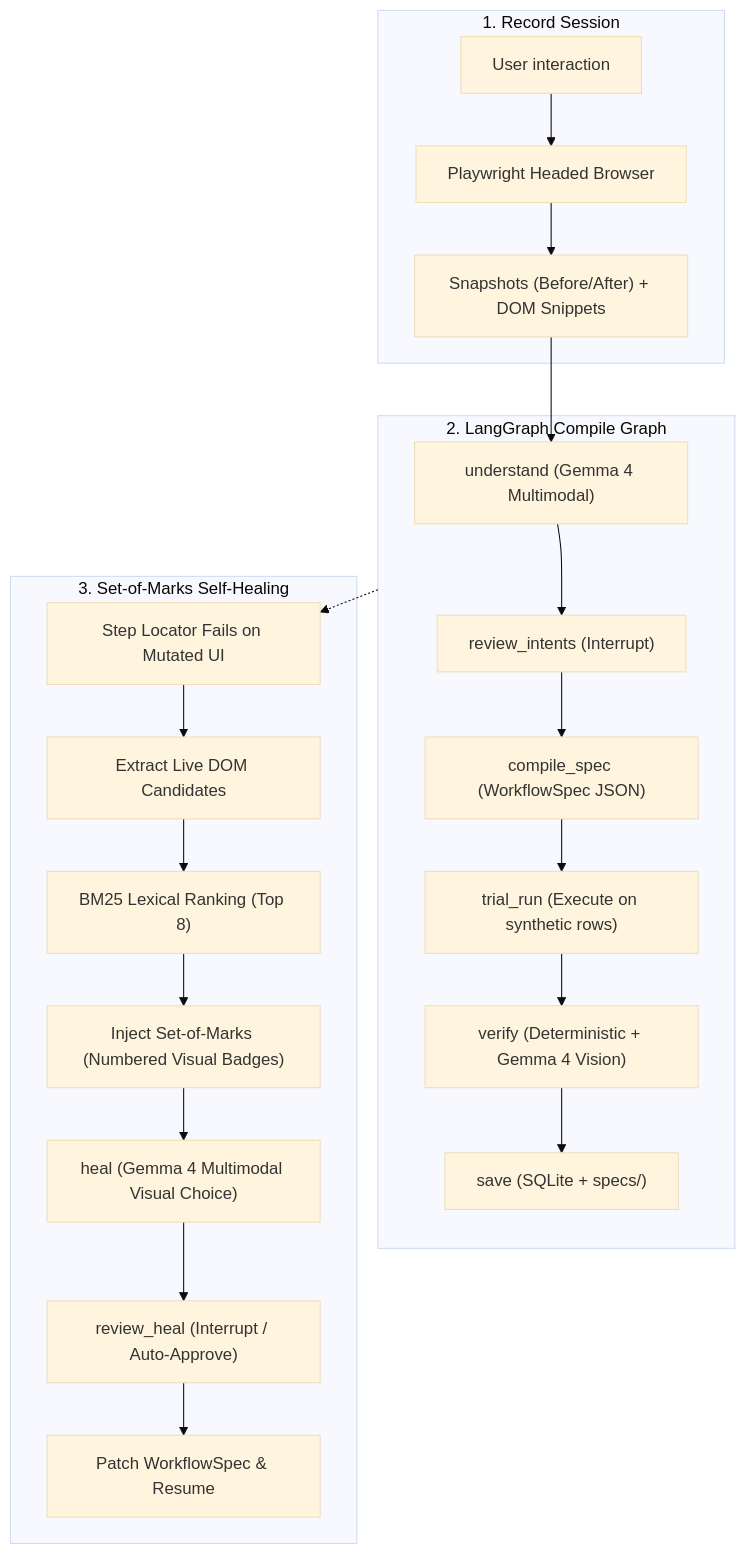
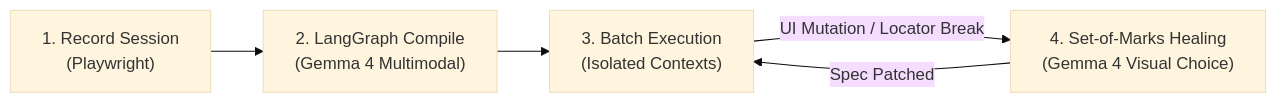
Before and after one commit to aviraltrip/Hacktoberfest-Goa: the diagram in README.md, drawn with Mermaid (base theme). The commit also changed other lines of this file, not shown here.

````diff
--- a/README.md
+++ b/README.md
@@ -35,27 +56,7 @@
 ```mermaid
-flowchart TD
-    subgraph Capture["1. Record Session"]
-        User["User interaction"] --> Playwright["Playwright Headed Browser"]
-        Playwright --> Snaps["Snapshots (Before/After) + DOM Snippets"]
-    end
-
-    subgraph Compile["2. LangGraph Compile Graph"]
-        Snaps --> Understand["understand (Gemma 4 Multimodal)"]
-        Understand --> ReviewIntents["review_intents (Interrupt)"]
-        ReviewIntents --> CompileSpec["compile_spec (WorkflowSpec JSON)"]
-        CompileSpec --> TrialRun["trial_run (Execute on synthetic rows)"]
-        TrialRun --> Verify["verify (Deterministic + Gemma 4 Vision)"]
-        Verify --> Save["save (SQLite + specs/)"]
-    end
-
-    subgraph Heal["3. Set-of-Marks Self-Healing"]
-        RunFail["Step Locator Fails on Mutated UI"] --> Extract["Extract Live DOM Candidates"]
-        Extract --> BM25["BM25 Lexical Ranking (Top 8)"]
-        BM25 --> SoM["Inject Set-of-Marks (Numbered Visual Badges)"]
-        SoM --> GemmaHeal["heal (Gemma 4 Multimodal Visual Choice)"]
-        GemmaHeal --> ReviewHeal["review_heal (Interrupt / Auto-Approve)"]
-        ReviewHeal --> Patch["Patch WorkflowSpec & Resume"]
-    end
-
-    Compile -.-> RunFail
+flowchart LR
+    A["1. Record Session\n(Playwright)"] --> B["2. LangGraph Compile\n(Gemma 4 Multimodal)"]
+    B --> C["3. Batch Execution\n(Isolated Contexts)"]
+    C -->|UI Mutation / Locator Break| D["4. Set-of-Marks Healing\n(Gemma 4 Visual Choice)"]
+    D -->|Spec Patched| C
 ```
````
